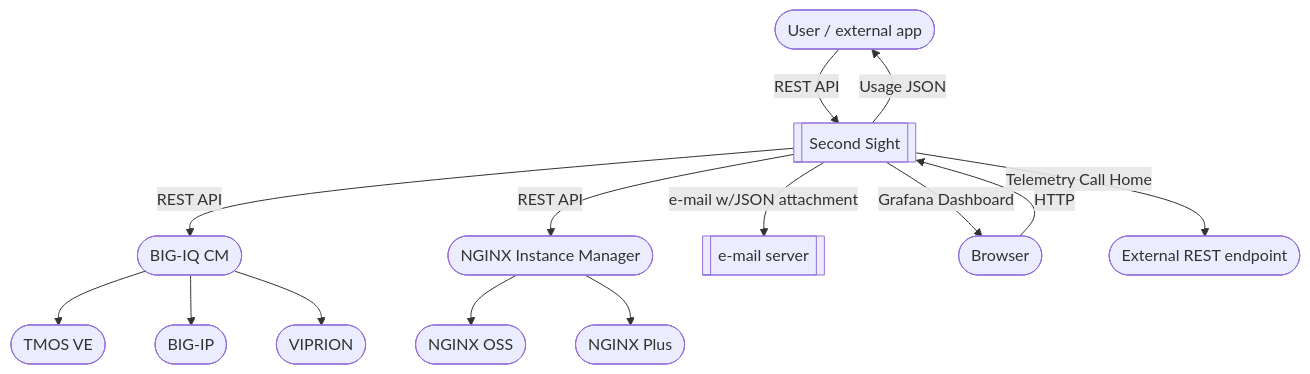
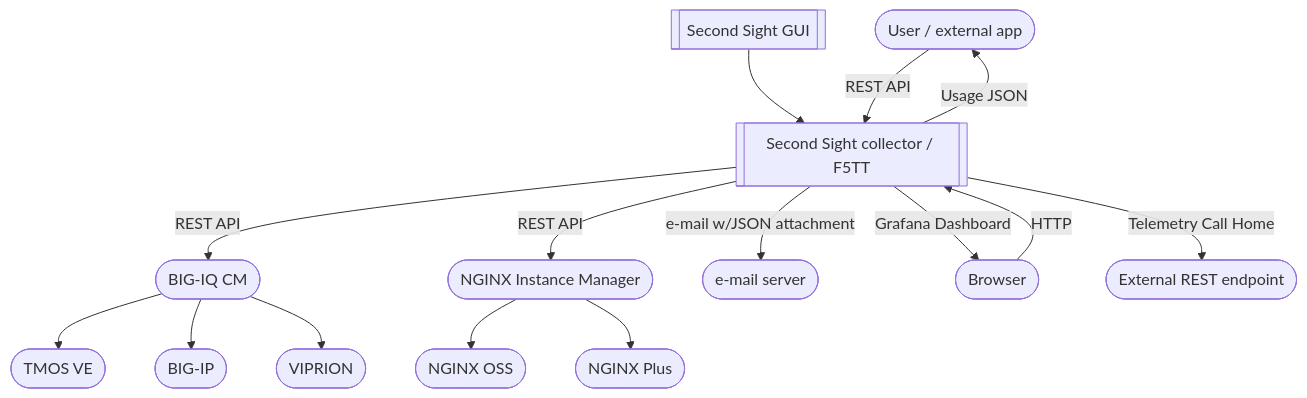
The first of 3 diagrams in README.md (F5Networks/SecondSight), drawn with Mermaid before and after one commit. The commit also changed other lines of this file and 14 other files, not shown here.

````diff
--- a/README.md
+++ b/README.md
@@ -56,36 +52,39 @@
 ```mermaid
 graph TD
-BIGIQ([BIG-IQ CM])
+BIGIQ([BIG-IQ CM]) 
 NIM([NGINX Instance Manager])
 
 User([User / external app])
-P2S[[Second Sight]]
-EMAIL[[e-mail server]]
+P2S[[Second Sight collector / F5TT]]
+GUI[[Second Sight GUI]]
+EMAIL([e-mail server])
 BROWSER([Browser])
 MYF5([External REST endpoint])
 
 TMOSVE([TMOS VE])
 BIGIP([BIG-IP])
 VIPRION([VIPRION])
-NGINXOSS([NGINX OSS])
+NGINXOSS([NGINX OSS])  
 NGINXPLUS([NGINX Plus])
 
 P2S -- REST API --> BIGIQ 
 P2S -- REST API --> NIM
+
+GUI --> P2S
 
 BIGIQ --> TMOSVE
 BIGIQ --> BIGIP
 BIGIQ --> VIPRION
 
 NIM --> NGINXOSS
 NIM --> NGINXPLUS
 
 User -- REST API --> P2S
 P2S -- Usage JSON --> User
 
 P2S -- e-mail w/JSON attachment --> EMAIL
 
 BROWSER -- HTTP --> P2S
 P2S -- Grafana Dashboard --> BROWSER
 P2S -- Telemetry Call Home --> MYF5
 ```
````
